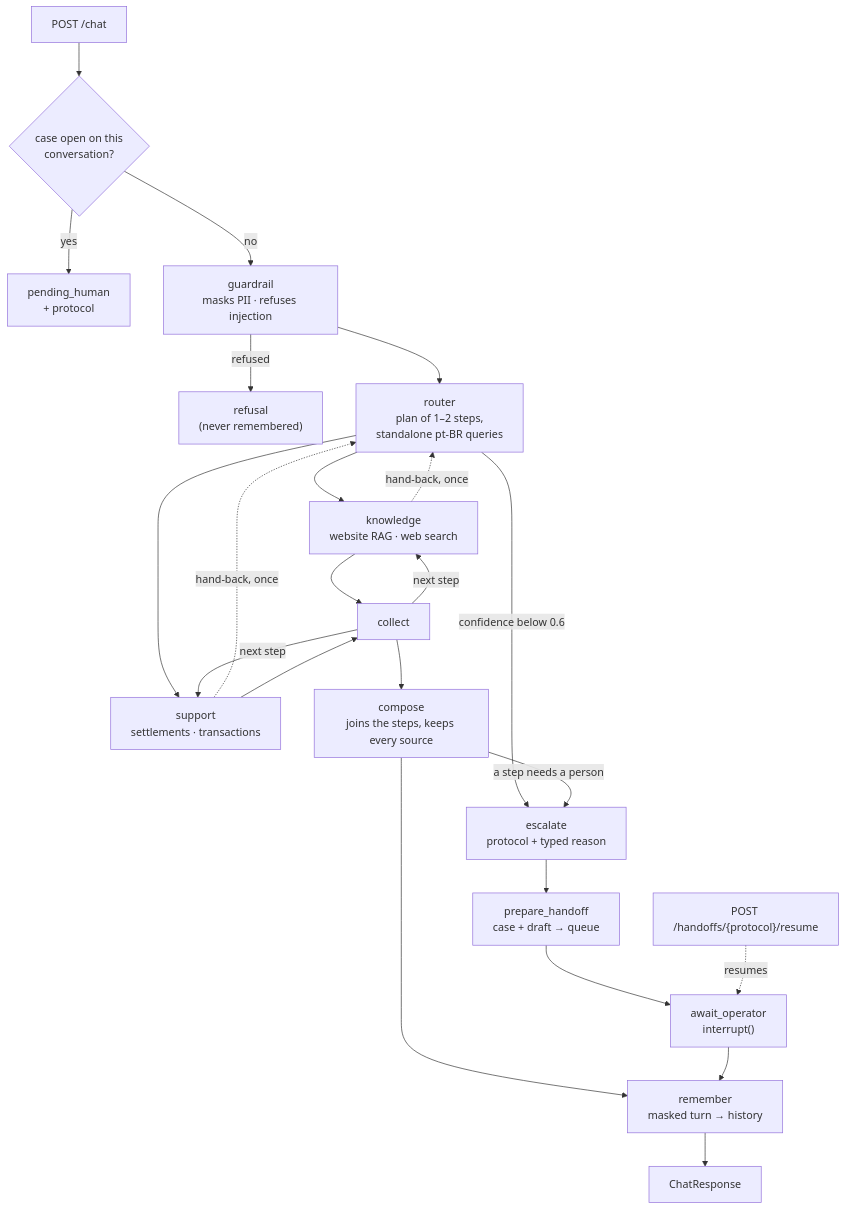
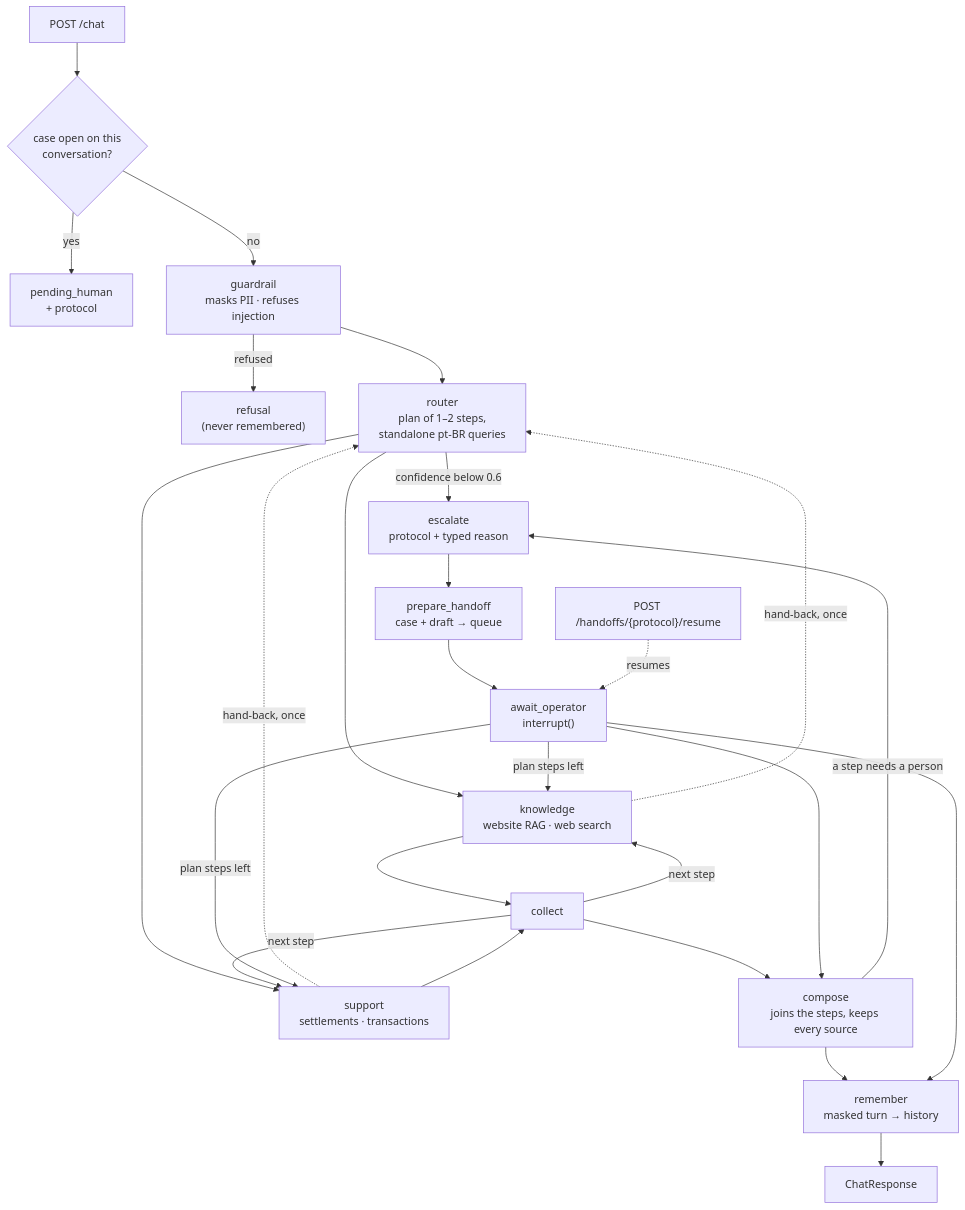
The diagram in README.md (nelsondell/multi-agent-support-system), drawn with Mermaid before and after one commit. The commit also changed other lines of this file and 12 other files, not shown here.

````diff
--- a/README.md
+++ b/README.md
@@ -81,25 +57,28 @@
 ```mermaid
 flowchart TD
     chat["POST /chat"] --> open{"case open on this<br/>conversation?"}
     open -->|yes| notice["pending_human<br/>+ protocol"]
     open -->|no| guard["guardrail<br/>masks PII · refuses injection"]
     guard -->|refused| refusal["refusal<br/>(never remembered)"]
     guard --> router["router<br/>plan of 1–2 steps,<br/>standalone pt-BR queries"]
     router -->|"confidence below 0.6"| escalate
     router --> knowledge["knowledge<br/>website RAG · web search"]
     router --> support["support<br/>settlements · transactions"]
     knowledge -.->|"hand-back, once"| router
     support -.->|"hand-back, once"| router
     knowledge --> collect
     support --> collect
     collect -->|"next step"| knowledge
     collect -->|"next step"| support
     collect --> compose["compose<br/>joins the steps, keeps every source"]
     compose -->|"a step needs a person"| escalate["escalate<br/>protocol + typed reason"]
     compose --> remember
     escalate --> prepare["prepare_handoff<br/>case + draft → queue"]
     prepare --> wait["await_operator<br/>interrupt()"]
     operator["POST /handoffs/{protocol}/resume"] -.->|resumes| wait
+    wait -->|"plan steps left"| knowledge
+    wait -->|"plan steps left"| support
+    wait --> compose
     wait --> remember["remember<br/>masked turn → history"]
     remember --> response["ChatResponse"]
 ```
````
